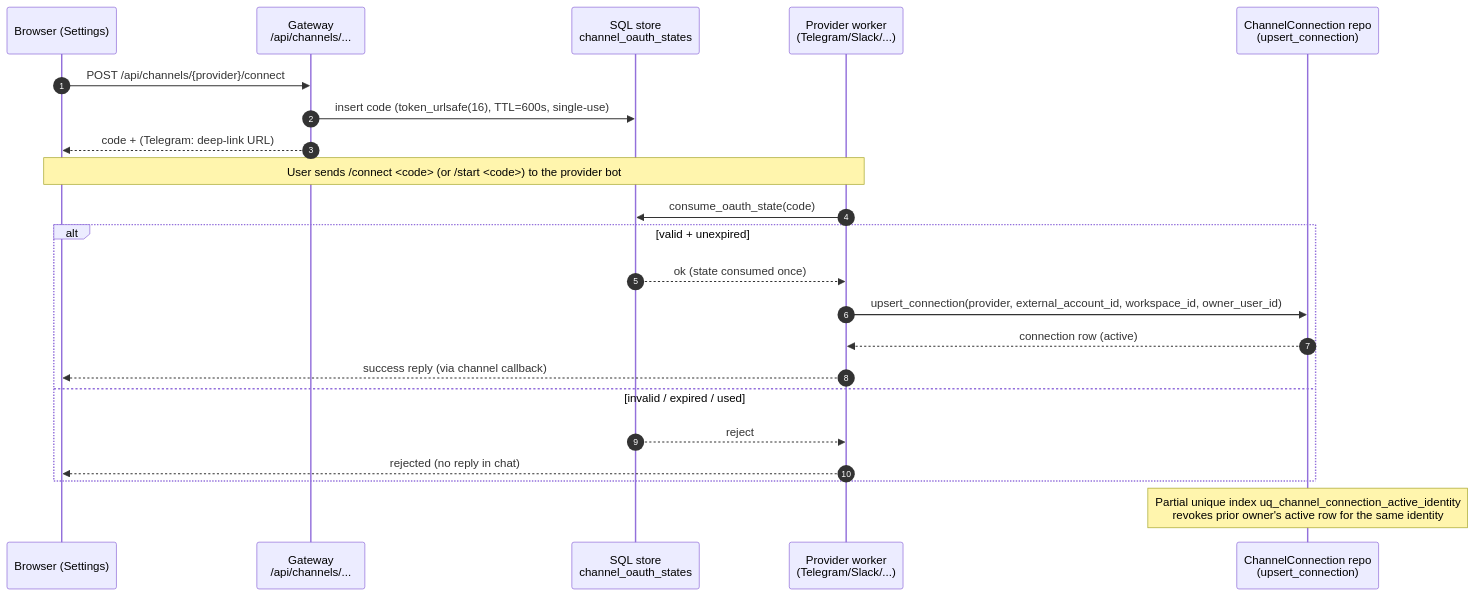
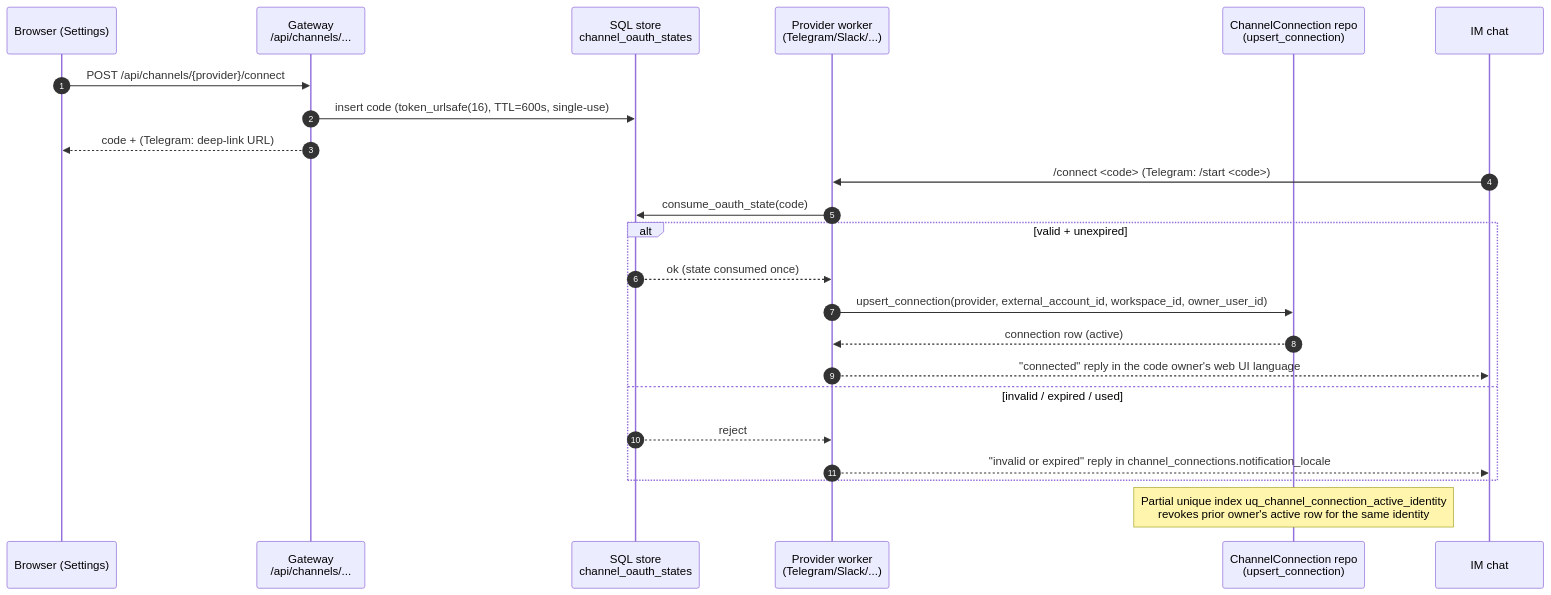
One commit to bytedance/deer-flow changed the first of 7 diagrams in backend/docs/IM_CHANNEL_CONNECTIONS.md. Above: the diagram before and after it, drawn with Mermaid. The commit also changed other lines of this file and 37 other files, not shown here.

````diff
--- a/backend/docs/IM_CHANNEL_CONNECTIONS.md
+++ b/backend/docs/IM_CHANNEL_CONNECTIONS.md
@@ -32,28 +38,28 @@
 ```mermaid
 sequenceDiagram
     autonumber
     participant Browser as Browser (Settings)
     participant Gateway as Gateway<br/>/api/channels/...
     participant Store as SQL store<br/>channel_oauth_states
     participant Worker as Provider worker<br/>(Telegram/Slack/...)
     participant Repo as ChannelConnection repo<br/>(upsert_connection)
+    participant Chat as IM chat
 
     Browser->>Gateway: POST /api/channels/{provider}/connect
     Gateway->>Store: insert code (token_urlsafe(16), TTL=600s, single-use)
     Gateway-->>Browser: code + (Telegram: deep-link URL)
 
-    Note over Browser,Worker: User sends /connect <code> (or /start <code>) to the provider bot
-
+    Chat->>Worker: /connect <code> (Telegram: /start <code>)
     Worker->>Store: consume_oauth_state(code)
     alt valid + unexpired
         Store-->>Worker: ok (state consumed once)
         Worker->>Repo: upsert_connection(provider, external_account_id, workspace_id, owner_user_id)
         Repo-->>Worker: connection row (active)
-        Worker-->>Browser: success reply (via channel callback)
+        Worker-->>Chat: "connected" reply in the code owner's web UI language
     else invalid / expired / used
         Store-->>Worker: reject
-        Worker-->>Browser: rejected (no reply in chat)
+        Worker-->>Chat: "invalid or expired" reply in channel_connections.notification_locale
     end
 
     Note over Repo: Partial unique index uq_channel_connection_active_identity<br/>revokes prior owner's active row for the same identity
 ```
````
